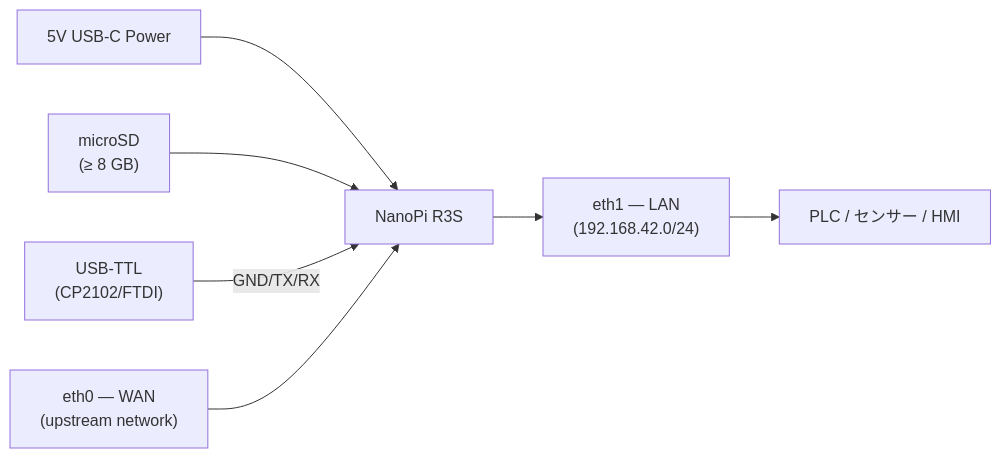
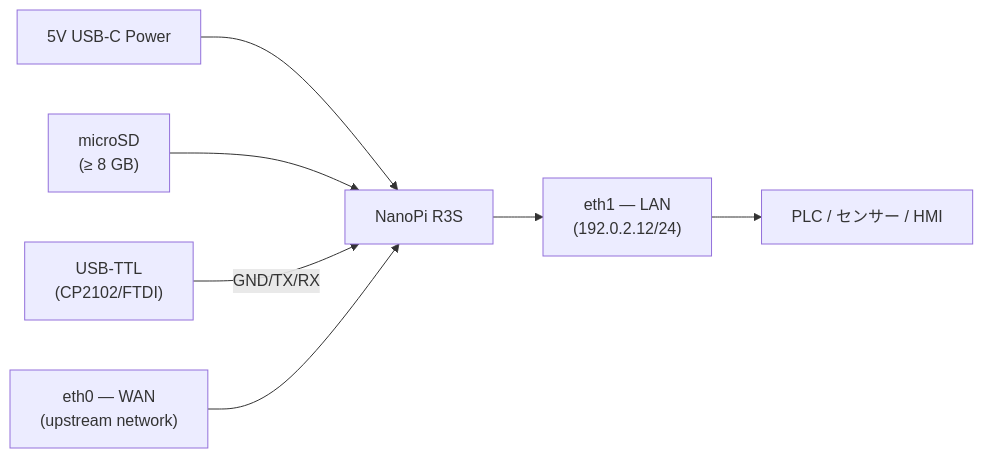
Before and after one commit to celestia-island/aris: the first of 4 diagrams in docs/ja/guides/deployment.md, drawn with Mermaid. The commit also changed other lines of this file and 18 other files, not shown here.

````diff
--- a/docs/ja/guides/deployment.md
+++ b/docs/ja/guides/deployment.md
@@ -21,9 +21,9 @@
 ```mermaid
 flowchart LR
     PWR["5V USB-C Power"] --> Board["NanoPi R3S"]
     SD["microSD\n(≥ 8 GB)"] --> Board
     TTL["USB-TTL\n(CP2102/FTDI)"] -->|GND/TX/RX| Board
     WAN["eth0 — WAN\n(upstream network)"] --> Board
-    Board --> LAN["eth1 — LAN\n(192.168.42.0/24)"]
+    Board --> LAN["eth1 — LAN\n(192.0.2.12/24)"]
     LAN --> PLC["PLC / センサー / HMI"]
 ```
````
